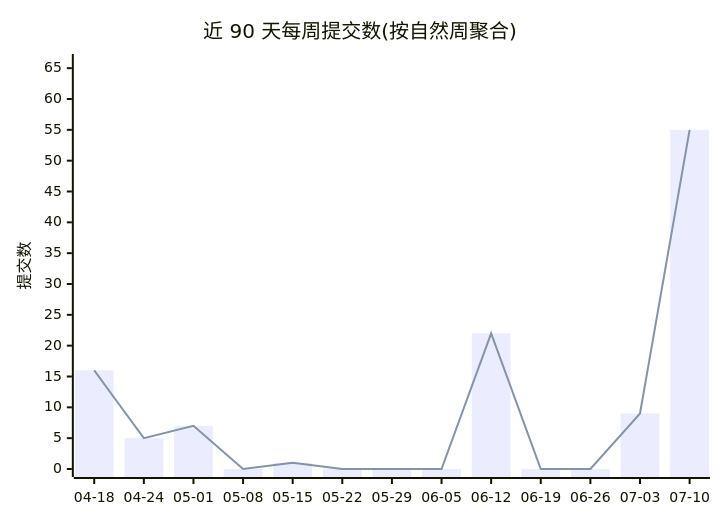
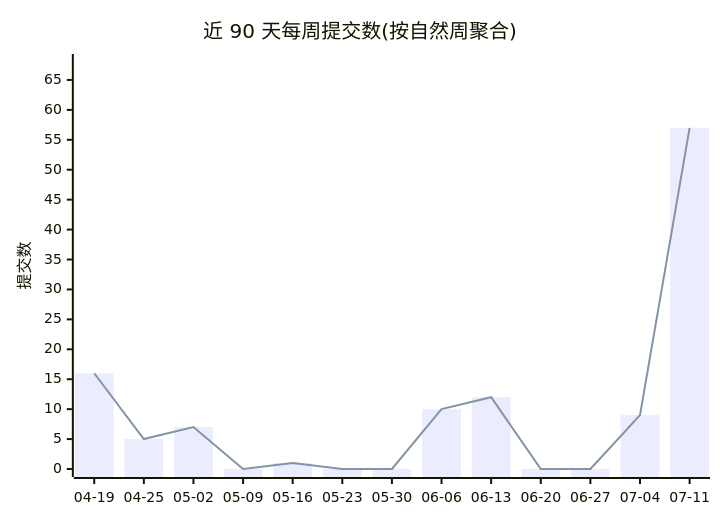
One commit to Conflux-Union/.github changed the first of 2 diagrams in profile/README.md. Above: the diagram before and after it, drawn with Mermaid. The commit also changed other lines of this file and 1 other file, not shown here.

````diff
--- a/profile/README.md
+++ b/profile/README.md
@@ -44,8 +44,8 @@
 ```mermaid
 xychart-beta
     title "近 90 天每周提交数(按自然周聚合)"
-    x-axis ["04-18", "04-24", "05-01", "05-08", "05-15", "05-22", "05-29", "06-05", "06-12", "06-19", "06-26", "07-03", "07-10"]
-    y-axis "提交数" 0 --> 66
-    bar [16, 5, 7, 0, 1, 0, 0, 0, 22, 0, 0, 9, 55]
-    line [16, 5, 7, 0, 1, 0, 0, 0, 22, 0, 0, 9, 55]
+    x-axis ["04-19", "04-25", "05-02", "05-09", "05-16", "05-23", "05-30", "06-06", "06-13", "06-20", "06-27", "07-04", "07-11"]
+    y-axis "提交数" 0 --> 68
+    bar [16, 5, 7, 0, 1, 0, 0, 10, 12, 0, 0, 9, 57]
+    line [16, 5, 7, 0, 1, 0, 0, 10, 12, 0, 0, 9, 57]
 ```
````
